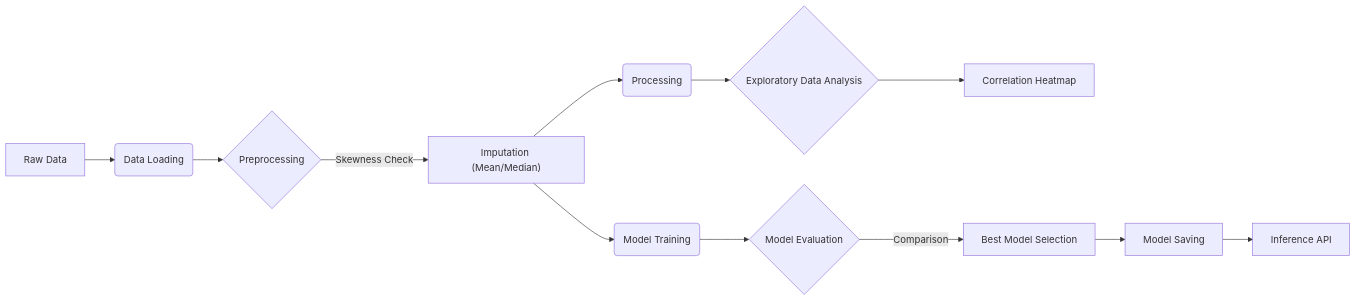
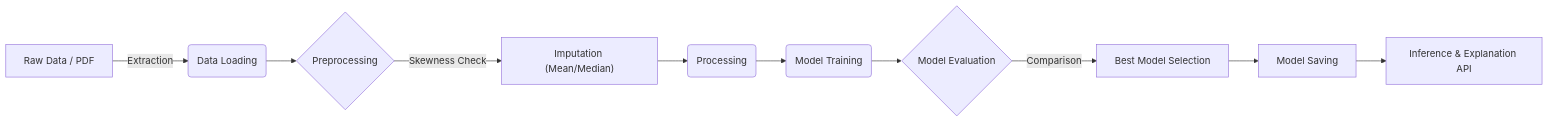
The diagram in README.md (RAJ-Git18/life_expectancy_forecasting_system), drawn with Mermaid before and after one commit. The commit also changed other lines of this file and 9 other files, not shown here.

````diff
--- a/README.md
+++ b/README.md
@@ -19,14 +21,12 @@
 ```mermaid
 graph LR
-    A[Raw Data] --> B(Data Loading);
+    A[Raw Data / PDF] -->|Extraction| B(Data Loading);
     B --> C{Preprocessing};
     C -->|Skewness Check| D["Imputation (Mean/Median)"];
     D --> E(Processing);
-    E --> F{Exploratory Data Analysis};
-    F --> G[Correlation Heatmap]
-    D --> H(Model Training);
-    H --> I{Model Evaluation};
-    I -->|Comparison| J[Best Model Selection];
-    J --> K[Model Saving];
-    K --> L[Inference API];
+    E --> F(Model Training);
+    F --> G{Model Evaluation};
+    G -->|Comparison| H[Best Model Selection];
+    H --> I[Model Saving];
+    I --> J[Inference & Explanation API];
 ```
````
